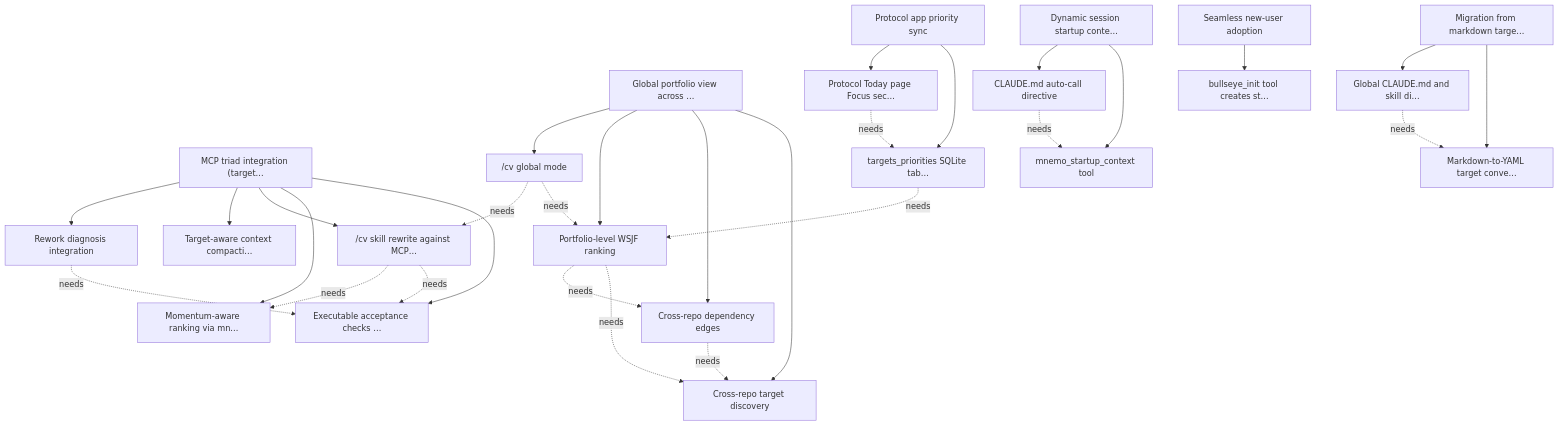
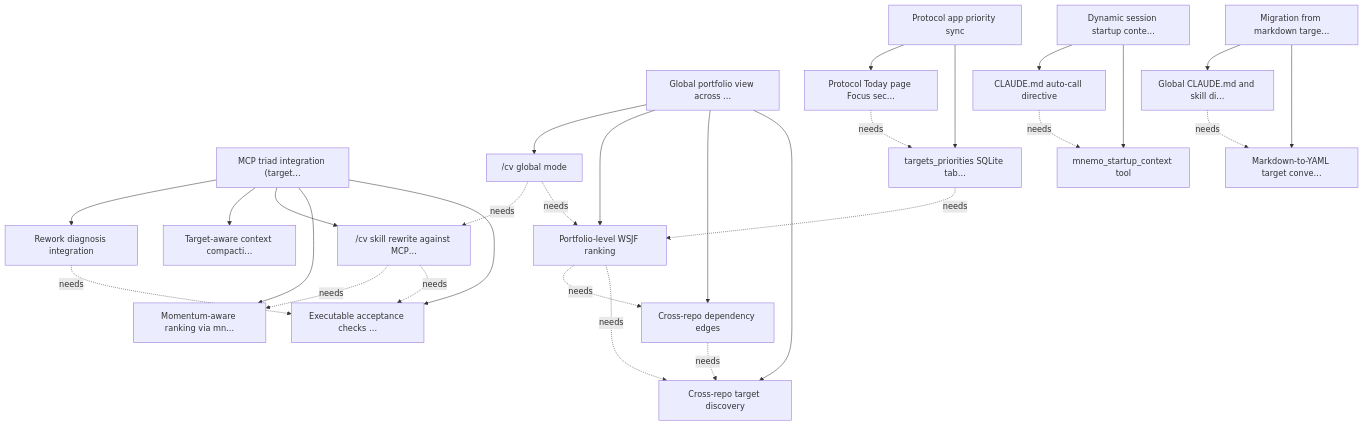
Before and after one commit to marcelocantos/bullseye: the diagram in docs/targets.md, drawn with Mermaid. The commit also changed other lines of this file and 8 other files, not shown here.

First line of the commit message:
Add bullseye_init tool with starter template (T6.1), retire T6

````diff
--- a/docs/targets.md
+++ b/docs/targets.md
@@ -363,53 +367,50 @@
 ```mermaid
 graph TD
     T1["MCP triad integration (target…"]
     T1_1["Executable acceptance checks …"]
     T1_2["Momentum-aware ranking via mn…"]
     T1_3["/cv skill rewrite against MCP…"]
     T1_4["Target-aware context compacti…"]
     T1_5["Rework diagnosis integration"]
     T2["Global portfolio view across …"]
     T2_1["Cross-repo target discovery"]
     T2_2["Cross-repo dependency edges"]
     T2_3["Portfolio-level WSJF ranking"]
     T2_4["/cv global mode"]
     T3["Protocol app priority sync"]
     T3_1["targets_priorities SQLite tab…"]
     T3_2["Protocol Today page Focus sec…"]
     T4["Dynamic session startup conte…"]
     T4_1["mnemo_startup_context tool"]
     T4_2["CLAUDE.md auto-call directive"]
     T5["Migration from markdown targe…"]
     T5_1["Markdown-to-YAML target conve…"]
     T5_2["Global CLAUDE.md and skill di…"]
-    T6["Seamless new-user adoption"]
-    T6_1["bullseye_init tool creates st…"]
     T1 --> T1_1
     T1 --> T1_2
     T1 --> T1_3
     T1 --> T1_4
     T1 --> T1_5
     T2 --> T2_1
     T2 --> T2_2
     T2 --> T2_3
     T2 --> T2_4
     T3 --> T3_1
     T3 --> T3_2
     T4 --> T4_1
     T4 --> T4_2
     T5 --> T5_1
     T5 --> T5_2
-    T6 --> T6_1
     T1_3 -.->|needs| T1_1
     T1_3 -.->|needs| T1_2
     T1_5 -.->|needs| T1_1
     T2_2 -.->|needs| T2_1
     T2_3 -.->|needs| T2_1
     T2_3 -.->|needs| T2_2
     T2_4 -.->|needs| T2_3
     T2_4 -.->|needs| T1_3
     T3_1 -.->|needs| T2_3
     T3_2 -.->|needs| T3_1
     T4_2 -.->|needs| T4_1
     T5_2 -.->|needs| T5_1
 ```
````
